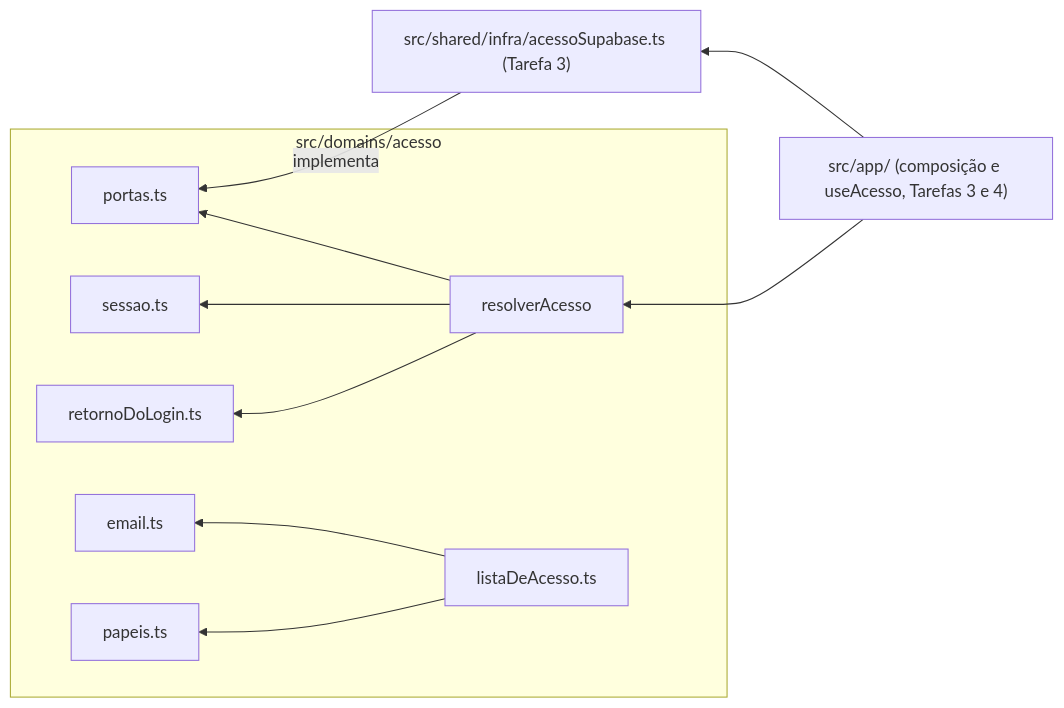
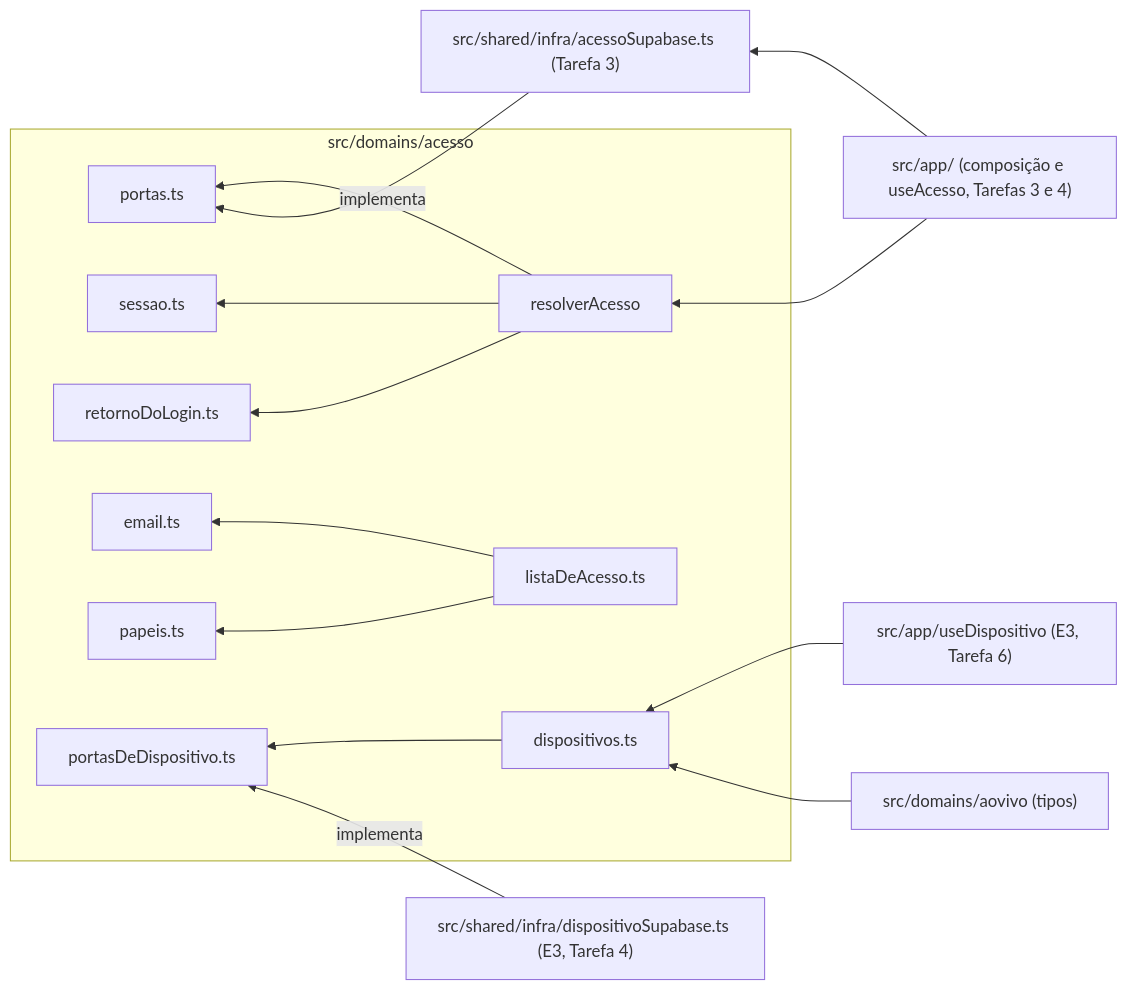
One commit to TokumoH/RevocastCameras changed the diagram in src/domains/acesso/README.md. Above: the diagram before and after it, drawn with Mermaid. The commit also changed other lines of this file and 13 other files, not shown here.

First line of the commit message:
feat: E3 Tarefa 1 — domínio dos dispositivos e do ao vivo (VER-035)

````diff
--- a/src/domains/acesso/README.md
+++ b/src/domains/acesso/README.md
@@ -67,13 +73,17 @@
 ```mermaid
 flowchart RL
     subgraph dominio["src/domains/acesso"]
         R[resolverAcesso] --> P[portas.ts]
         R --> S[sessao.ts]
         R --> RL[retornoDoLogin.ts]
         L[listaDeAcesso.ts] --> E[email.ts]
         L --> PA[papeis.ts]
+        D[dispositivos.ts] --> PD[portasDeDispositivo.ts]
     end
     I["src/shared/infra/acessoSupabase.ts (Tarefa 3)"] -- implementa --> P
     C["src/app/ (composição e useAcesso, Tarefas 3 e 4)"] --> R
     C --> I
+    ID["src/shared/infra/dispositivoSupabase.ts (E3, Tarefa 4)"] -- implementa --> PD
+    CD["src/app/useDispositivo (E3, Tarefa 6)"] --> D
+    AV["src/domains/aovivo (tipos)"] --> D
 ```
````
